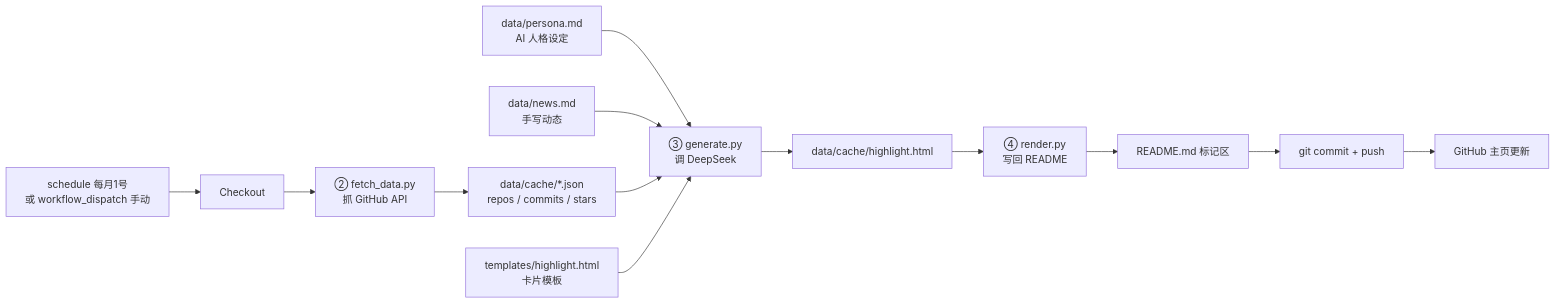
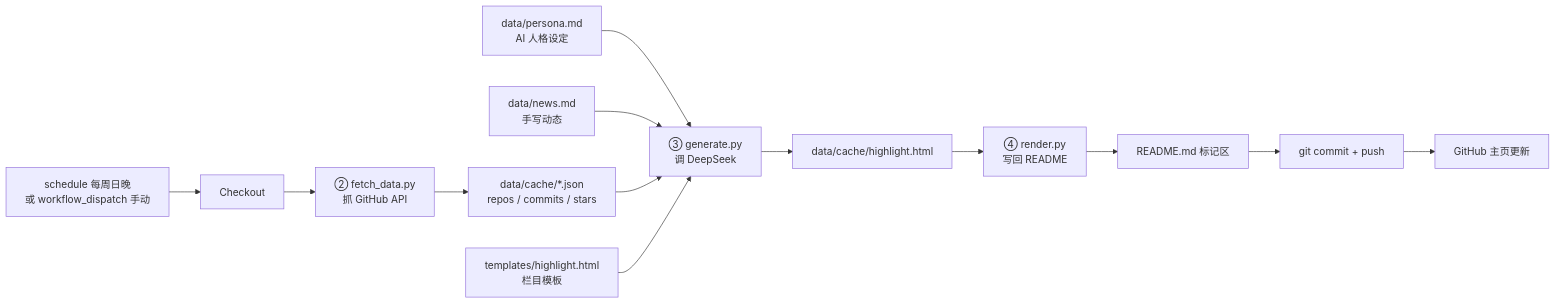
Before and after one commit to yanboc/yanboc: the diagram in AGENTS.md, drawn with Mermaid. The commit also changed other lines of this file and 4 other files, not shown here.

````diff
--- a/AGENTS.md
+++ b/AGENTS.md
@@ -15,15 +15,15 @@
 ```mermaid
 flowchart LR
-    Sched["schedule 每月1号<br/>或 workflow_dispatch 手动"] --> Chk[Checkout]
+    Sched["schedule 每周日晚<br/>或 workflow_dispatch 手动"] --> Chk[Checkout]
     Chk --> Fetch["② fetch_data.py<br/>抓 GitHub API"]
     Fetch --> Cache["data/cache/*.json<br/>repos / commits / stars"]
     Persona["data/persona.md<br/>AI 人格设定"] --> Gen["③ generate.py<br/>调 DeepSeek"]
     News["data/news.md<br/>手写动态"] --> Gen
     Cache --> Gen
     Gen --> Html["data/cache/highlight.html"]
-    Tmpl["templates/highlight.html<br/>卡片模板"] --> Gen
+    Tmpl["templates/highlight.html<br/>栏目模板"] --> Gen
     Html --> Render["④ render.py<br/>写回 README"]
     Render --> Readme["README.md 标记区"]
     Readme --> Push["git commit + push"]
     Push --> Home[GitHub 主页更新]
 ```
````
